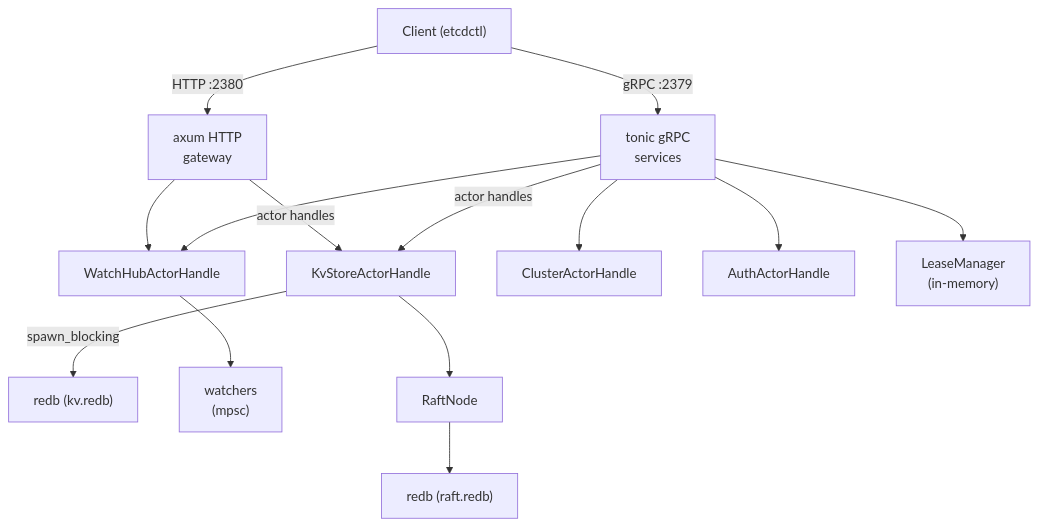
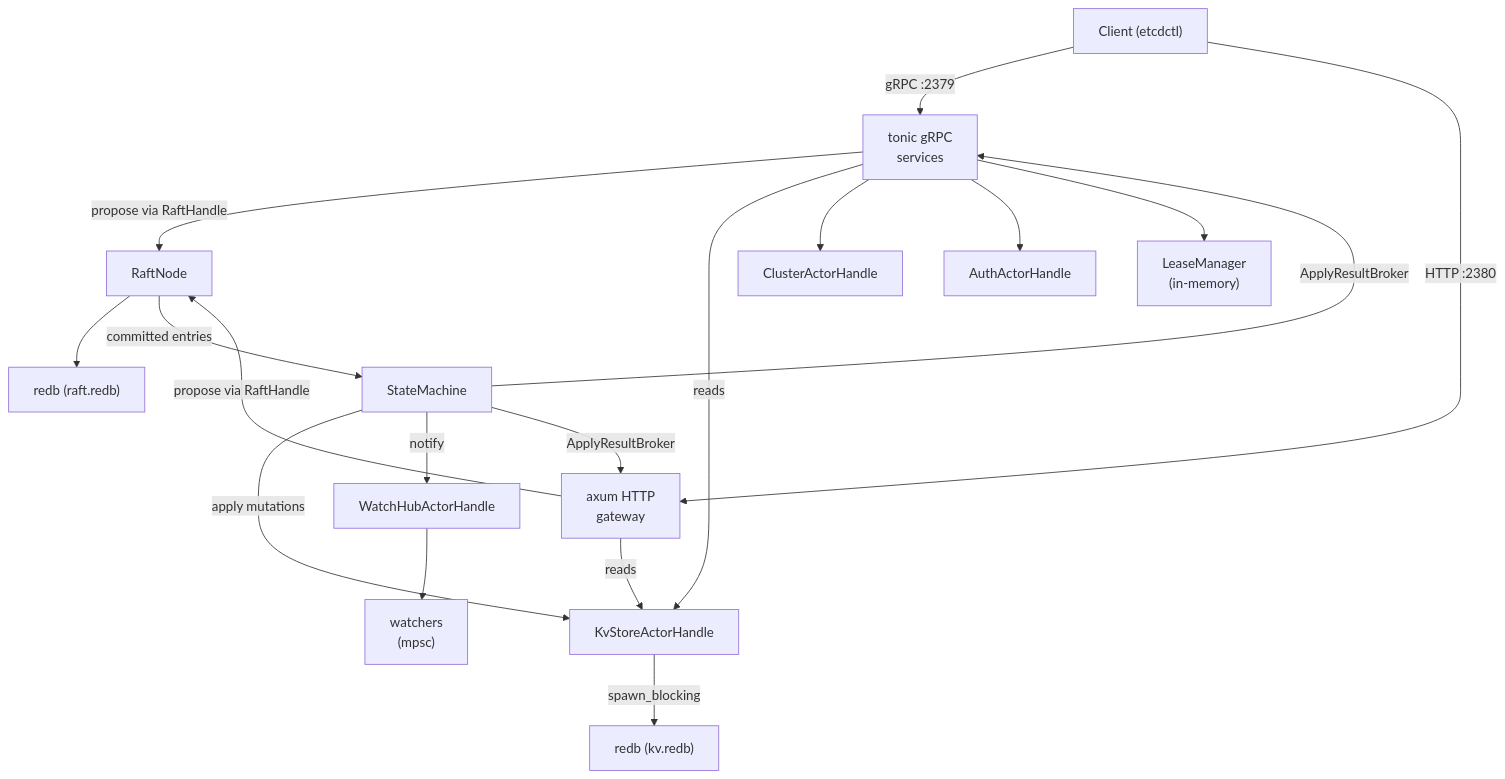
One commit to alexandernicholson/barkeeper changed the ninth of 9 diagrams in docs/architecture.md. Above: the diagram before and after it, drawn with Mermaid. The commit also changed other lines of this file and 112 other files, not shown here.

````diff
--- a/docs/architecture.md
+++ b/docs/architecture.md
@@ -537,17 +550,21 @@
 ```mermaid
 graph TD
     Client["Client (etcdctl)"]
     Client -->|"gRPC :2379"| GRPC["tonic gRPC<br>services"]
     Client -->|"HTTP :2380"| HTTP["axum HTTP<br>gateway"]
-    GRPC -->|"actor handles"| KVA["KvStoreActorHandle"]
-    HTTP -->|"actor handles"| KVA
+    GRPC -->|"propose via RaftHandle"| Raft["RaftNode"]
+    HTTP -->|"propose via RaftHandle"| Raft
+    Raft --> RDB["redb (raft.redb)"]
+    Raft -->|"committed entries"| SM["StateMachine"]
+    SM -->|"apply mutations"| KVA["KvStoreActorHandle"]
+    SM -->|"notify"| WHA["WatchHubActorHandle"]
+    SM -->|"ApplyResultBroker"| GRPC
+    SM -->|"ApplyResultBroker"| HTTP
     KVA -->|"spawn_blocking"| KVDB["redb (kv.redb)"]
-    GRPC --> WHA["WatchHubActorHandle"]
-    HTTP --> WHA
     WHA --> W["watchers<br>(mpsc)"]
+    GRPC -->|"reads"| KVA
+    HTTP -->|"reads"| KVA
     GRPC --> CA["ClusterActorHandle"]
     GRPC --> AA["AuthActorHandle"]
-    KVA --> Raft["RaftNode"]
-    Raft --> RDB["redb (raft.redb)"]
     GRPC --> LM["LeaseManager<br>(in-memory)"]
 ```
````
